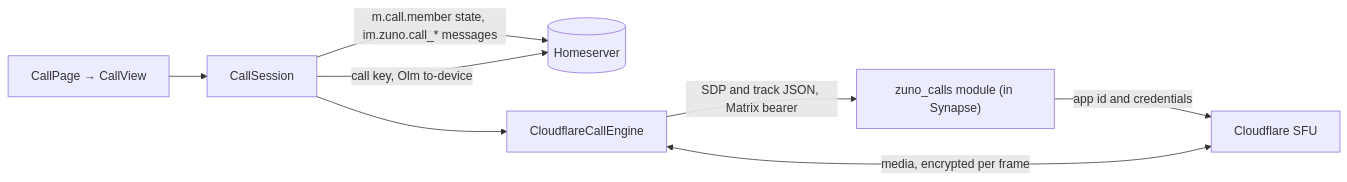
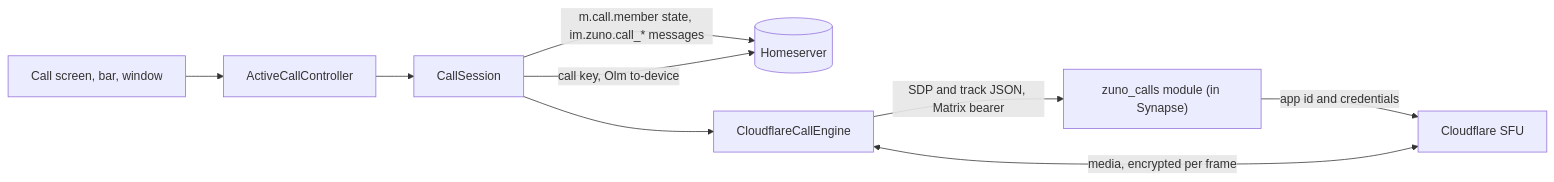
One commit to Zuno-Chat/zuno-chat changed the first of 4 diagrams in docs/features/calls.md. Above: the diagram before and after it, drawn with Mermaid. The commit also changed other lines of this file and 123 other files, not shown here.

````diff
--- a/docs/features/calls.md
+++ b/docs/features/calls.md
@@ -14,10 +14,11 @@
 ```mermaid
 flowchart LR
-  UI["CallPage → CallView"] --> S[CallSession]
+  UI["Call screen, bar, window"] --> A[ActiveCallController]
+  A --> S[CallSession]
   S -->|"m.call.member state, im.zuno.call_* messages"| HS[(Homeserver)]
   S -->|"call key, Olm to-device"| HS
   S --> E[CloudflareCallEngine]
   E -->|"SDP and track JSON, Matrix bearer"| M["zuno_calls module (in Synapse)"]
   M -->|"app id and credentials"| SFU[Cloudflare SFU]
   E <-->|"media, encrypted per frame"| SFU
 ```
````
